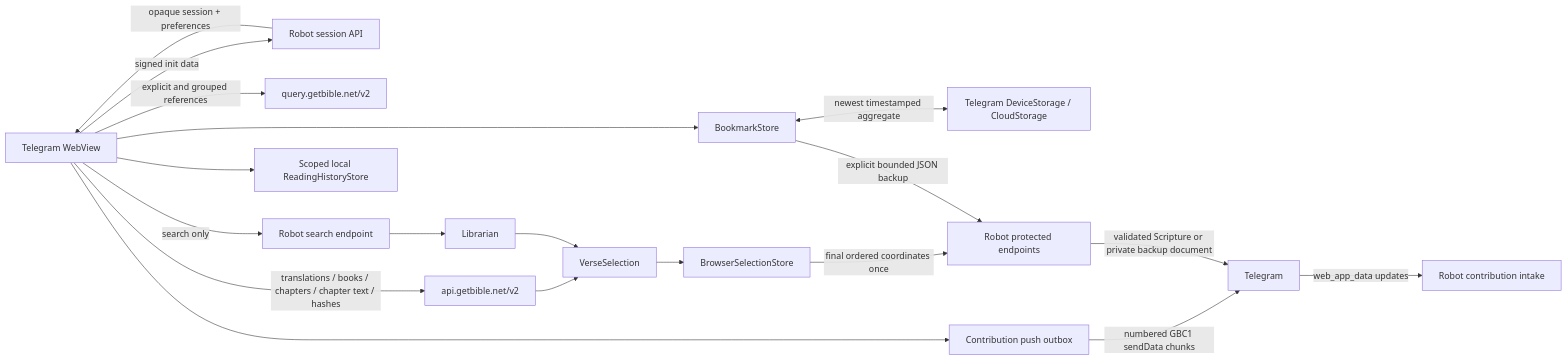
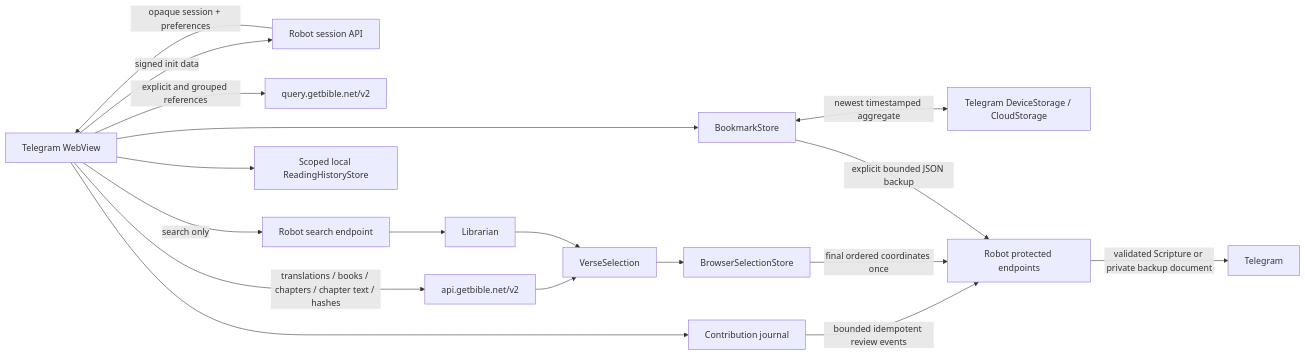
One commit to getbible/robot changed the diagram in docs/BROWSER_DATA.md. Above: the diagram before and after it, drawn with Mermaid. The commit also changed other lines of this file and 47 other files, not shown here.

First line of the commit message:
Revert the Telegram web_app_data push redesign

````diff
--- a/docs/BROWSER_DATA.md
+++ b/docs/BROWSER_DATA.md
@@ -60,21 +59,20 @@
 ```mermaid
 flowchart LR
     T[Telegram WebView] -->|signed init data| S[Robot session API]
     S -->|opaque session + preferences| T
     T -->|translations / books / chapters / chapter text / hashes| A[api.getbible.net/v2]
     T -->|explicit and grouped references| Q[query.getbible.net/v2]
     T -->|search only| R[Robot search endpoint]
     R --> L[Librarian]
     A --> V[VerseSelection]
     L --> V
     V --> B[BrowserSelectionStore]
     T --> H[Scoped local ReadingHistoryStore]
     T --> M[BookmarkStore]
     M <-->|newest timestamped aggregate| TS[Telegram DeviceStorage / CloudStorage]
-    T --> C[Contribution push outbox]
-    C -->|numbered GBC1 sendData chunks| G
-    G -->|web_app_data updates| I[Robot contribution intake]
+    T --> C[Contribution journal]
+    C -->|bounded idempotent review events| P
     B -->|final ordered coordinates once| P[Robot protected endpoints]
     M -->|explicit bounded JSON backup| P
     P -->|validated Scripture or private backup document| G[Telegram]
 ```
````
